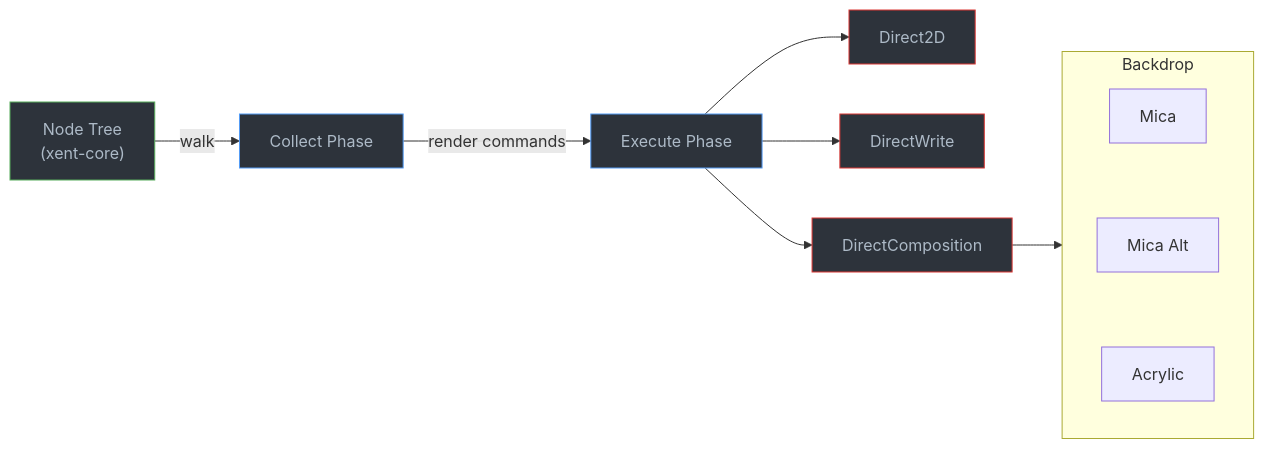
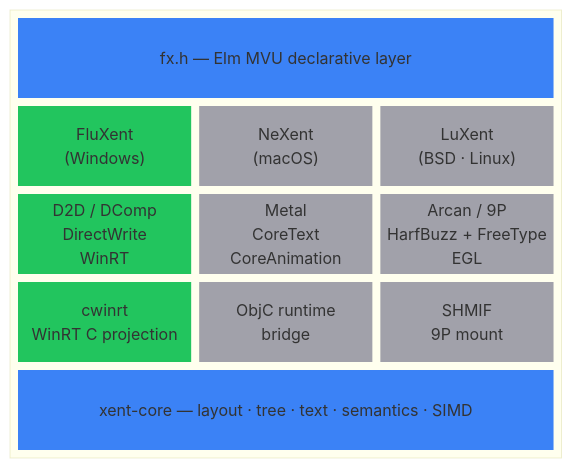
The diagram in profile/README.md (Project-Xent/.github), drawn with Mermaid before and after one commit. The commit also changed other lines of this file, not shown here.

````diff
--- a/profile/README.md
+++ b/profile/README.md
@@ -126,21 +28,25 @@
 ```mermaid
-flowchart LR
-  A["Node Tree\n(xent-core)"] -->|walk| B["Collect Phase"]
-  B -->|render commands| C["Execute Phase"]
-  C --> D["Direct2D"]
-  C --> E["DirectWrite"]
-  C --> F["DirectComposition"]
+block-beta
+  columns 3
 
-  subgraph Backdrop
-    G["Mica"] ~~~ H["Mica Alt"] ~~~ I["Acrylic"]
+  block:desc:3
+    columns 3
+    fx["fx.h — Elm MVU declarative layer"]:3
+    fluxent["FluXent\n(Windows)"]  nexent["NeXent\n(macOS)"]  luxent["LuXent\n(BSD · Linux)"]
+    d2d["D2D / DComp\nDirectWrite\nWinRT"]  metal["Metal\nCoreText\nCoreAnimation"]  arcan["Arcan / 9P\nHarfBuzz + FreeType\nEGL"]
+    cwinrt["cwinrt\nWinRT C projection"]  objc["ObjC runtime\nbridge"]  shmif["SHMIF\n9P mount"]
+    xent["xent-core — layout · tree · text · semantics · SIMD"]:3
   end
 
-  F --> Backdrop
-
-  style A fill:#2d333b,stroke:#57ab5a,color:#adbac7
-  style B fill:#2d333b,stroke:#539bf5,color:#adbac7
-  style C fill:#2d333b,stroke:#539bf5,color:#adbac7
-  style D fill:#2d333b,stroke:#da3633,color:#adbac7
-  style E fill:#2d333b,stroke:#da3633,color:#adbac7
-  style F fill:#2d333b,stroke:#da3633,color:#adbac7
+  style fx fill:#3b82f6,color:#fff,stroke:none
+  style xent fill:#3b82f6,color:#fff,stroke:none
+  style fluxent fill:#22c55e,color:#fff,stroke:none
+  style nexent fill:#a1a1aa,color:#fff,stroke:none
+  style luxent fill:#a1a1aa,color:#fff,stroke:none
+  style d2d fill:#22c55e,color:#fff,stroke:none
+  style metal fill:#a1a1aa,color:#fff,stroke:none
+  style arcan fill:#a1a1aa,color:#fff,stroke:none
+  style cwinrt fill:#22c55e,color:#fff,stroke:none
+  style objc fill:#a1a1aa,color:#fff,stroke:none
+  style shmif fill:#a1a1aa,color:#fff,stroke:none
 ```
````
